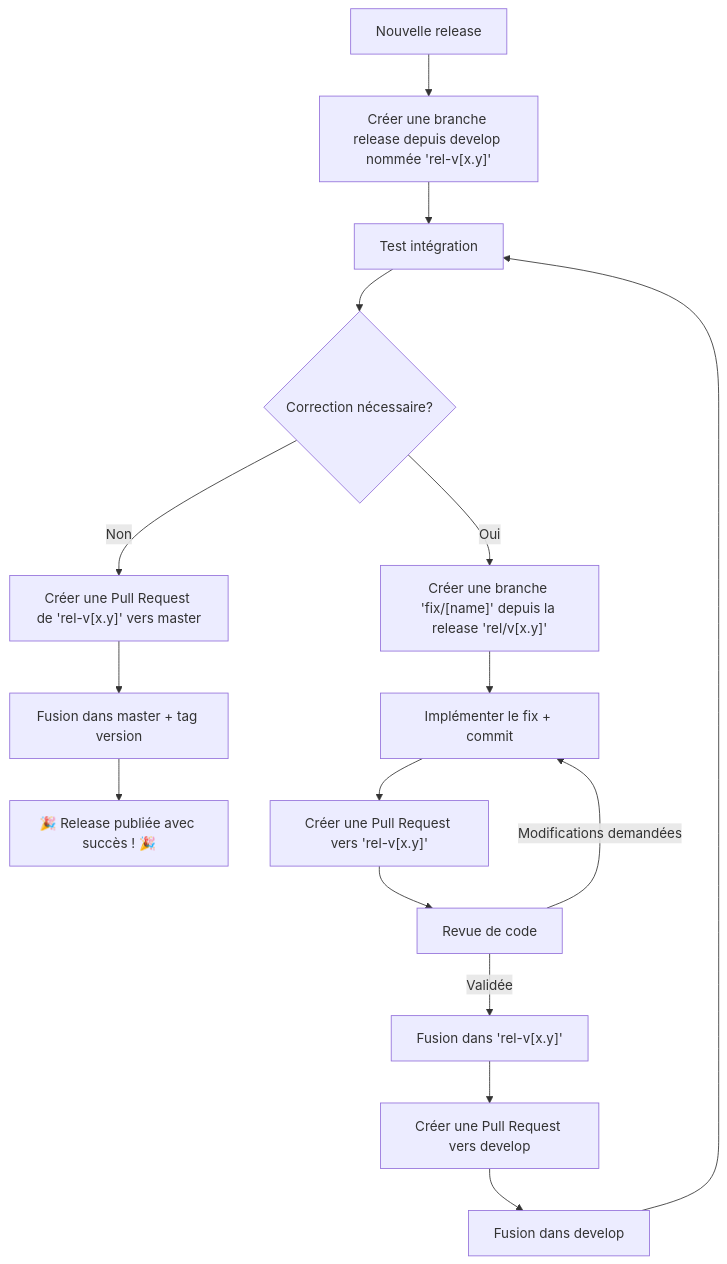
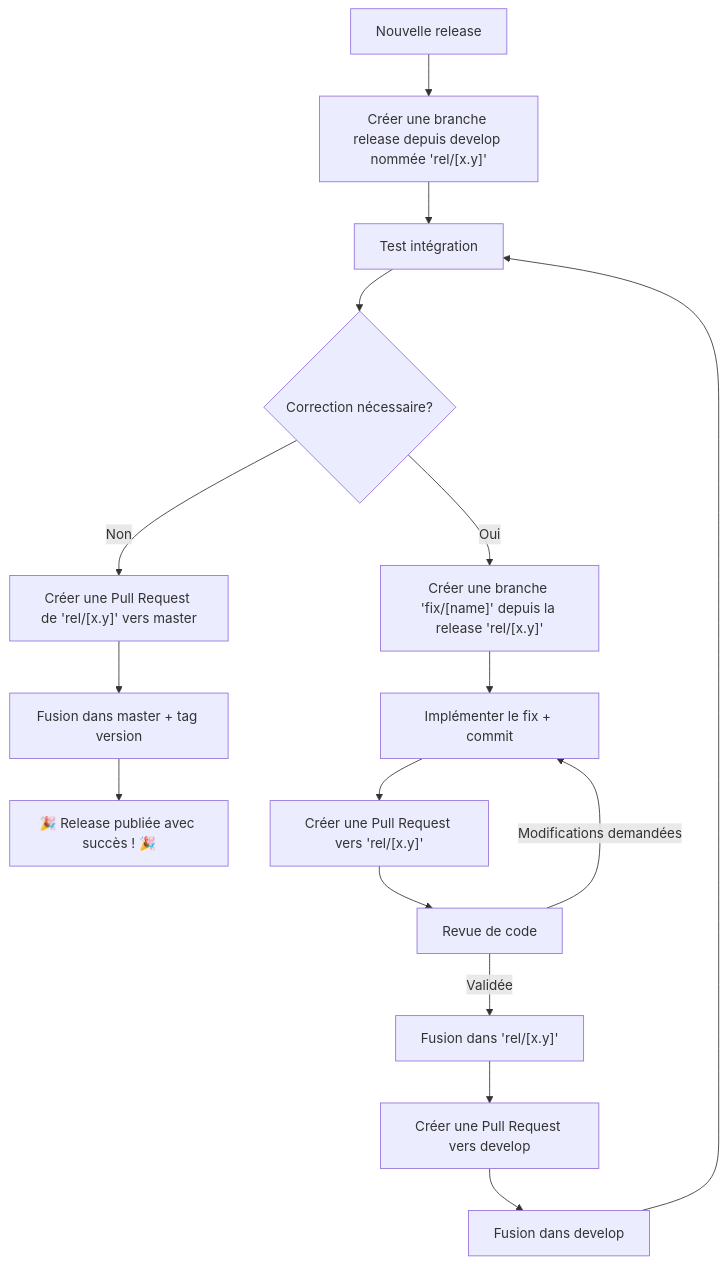
Before and after one commit to Mips2648/jeedom-plugins-docs: the second of 3 diagrams in gitflow.md, drawn with Mermaid. The commit also changed other lines of this file, not shown here.

Commit message:
correct naming convention for release branch

````diff
--- a/gitflow.md
+++ b/gitflow.md
@@ -85,21 +85,21 @@
 ```mermaid
 flowchart TD
 
-A[Nouvelle release] --> B["Créer une branche release depuis develop nommée 'rel-v[x.y]'"]
+A[Nouvelle release] --> B["Créer une branche release depuis develop nommée 'rel/[x.y]'"]
 B --> C[Test intégration]
 C --> D{Correction nécessaire?}
-D -->|Non| X["Créer une Pull Request de 'rel-v[x.y]' vers master"]
+D -->|Non| X["Créer une Pull Request de 'rel/[x.y]' vers master"]
 
-D -->|Oui| E["Créer une branche 'fix/[name]' depuis la release 'rel/v[x.y]'"]
+D -->|Oui| E["Créer une branche 'fix/[name]' depuis la release 'rel/[x.y]'"]
 E --> F[Implémenter le fix + commit]
-F --> G["Créer une Pull Request vers 'rel-v[x.y]'"]
+F --> G["Créer une Pull Request vers 'rel/[x.y]'"]
 G --> H[Revue de code]
 H -->|Modifications demandées| F
-H -->|Validée| J["Fusion dans 'rel-v[x.y]'"]
+H -->|Validée| J["Fusion dans 'rel/[x.y]'"]
 J -->K["Créer une Pull Request vers develop"]
 K -->L["Fusion dans develop"]
 L-->C
 
 X --> Y[Fusion dans master + tag version]
 Y --> Z["🎉 Release publiée avec succès ! 🎉"]
 ```
````
